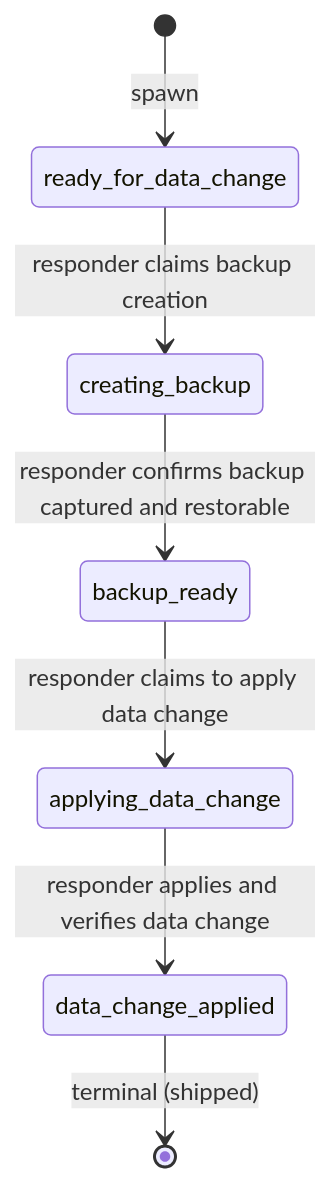
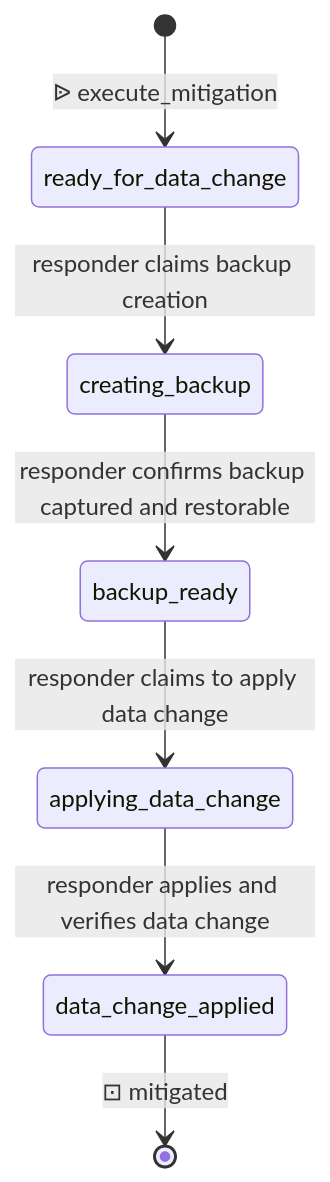
The diagram in examples/workflows/data-change.md (blemees/blemees-workflow), drawn with Mermaid before and after one commit. The commit also changed other lines of this file and 28 other files, not shown here.

````diff
--- a/examples/workflows/data-change.md
+++ b/examples/workflows/data-change.md
@@ -13,10 +13,10 @@
 ```mermaid
 stateDiagram-v2
     direction TB
     ready_for_data_change --> creating_backup: responder claims backup creation
     creating_backup --> backup_ready: responder confirms backup captured and restorable
     backup_ready --> applying_data_change: responder claims to apply data change
     applying_data_change --> data_change_applied: responder applies and verifies data change
-    data_change_applied --> [*]: terminal (shipped)
-    [*] --> ready_for_data_change: spawn
+    data_change_applied --> [*]: ⊡ mitigated
+    [*] --> ready_for_data_change: ᐉ execute_mitigation
 ```
````
